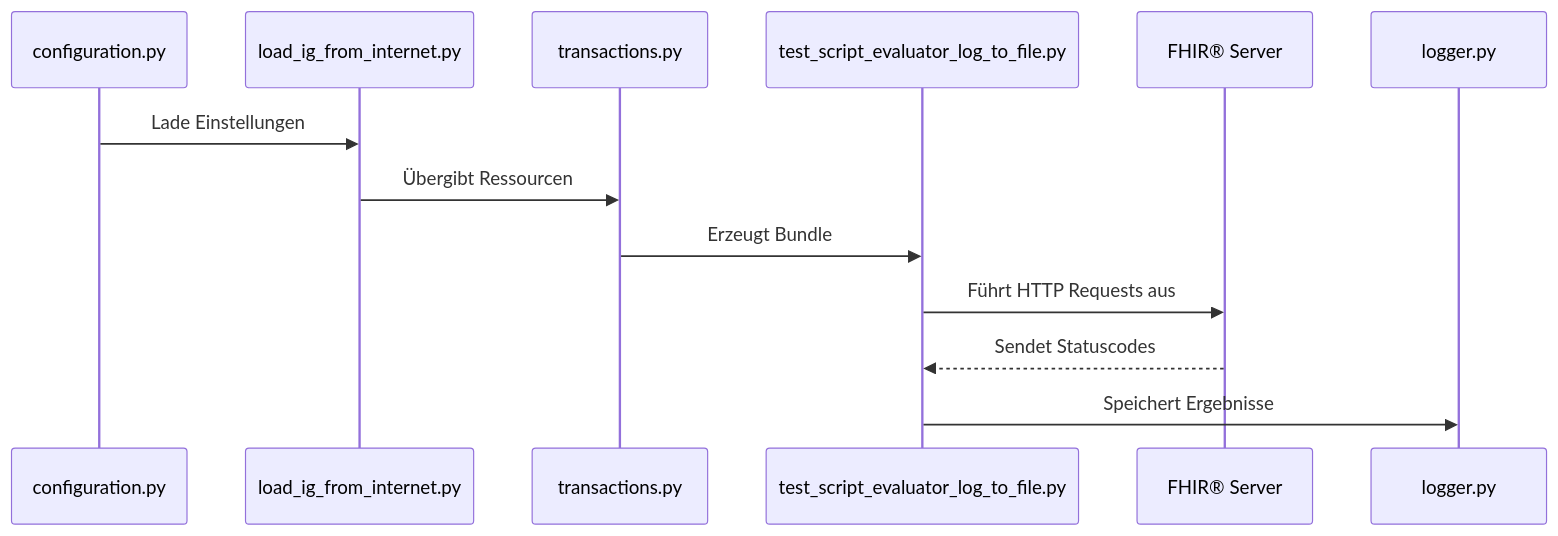
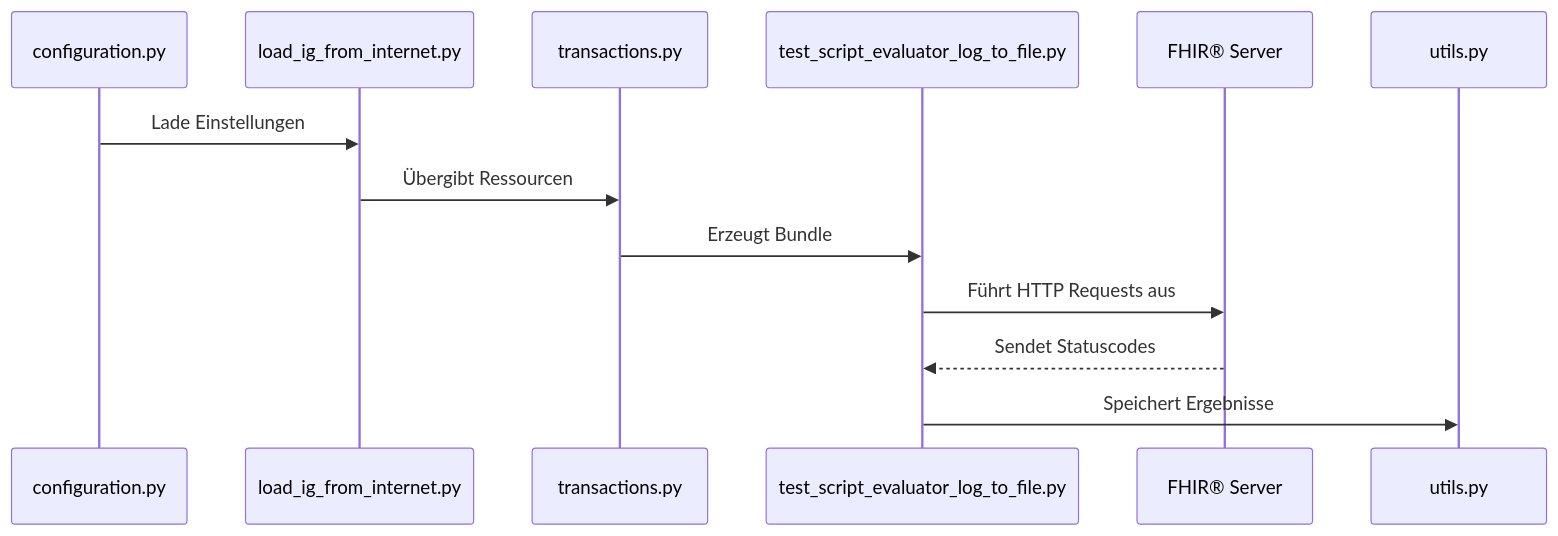
Before and after one commit to HL7Austria/HL7-AT-TestFhiry-TestRunner: the second of 2 diagrams in README.md, drawn with Mermaid. The commit also changed other lines of this file, not shown here.

````diff
--- a/README.md
+++ b/README.md
@@ -142,16 +146,16 @@
 ```mermaid
 sequenceDiagram
     participant Config as configuration.py
     participant Loader as load_ig_from_internet.py
     participant Builder as transactions.py
     participant Evaluator as test_script_evaluator_log_to_file.py
     participant Server as FHIR® Server
-    participant Log as logger.py
+    participant Log as utils.py
 
     Config->>Loader: Lade Einstellungen
     Loader->>Builder: Übergibt Ressourcen
     Builder->>Evaluator: Erzeugt Bundle
     Evaluator->>Server: Führt HTTP Requests aus
     Server-->>Evaluator: Sendet Statuscodes
     Evaluator->>Log: Speichert Ergebnisse
 ```
````
